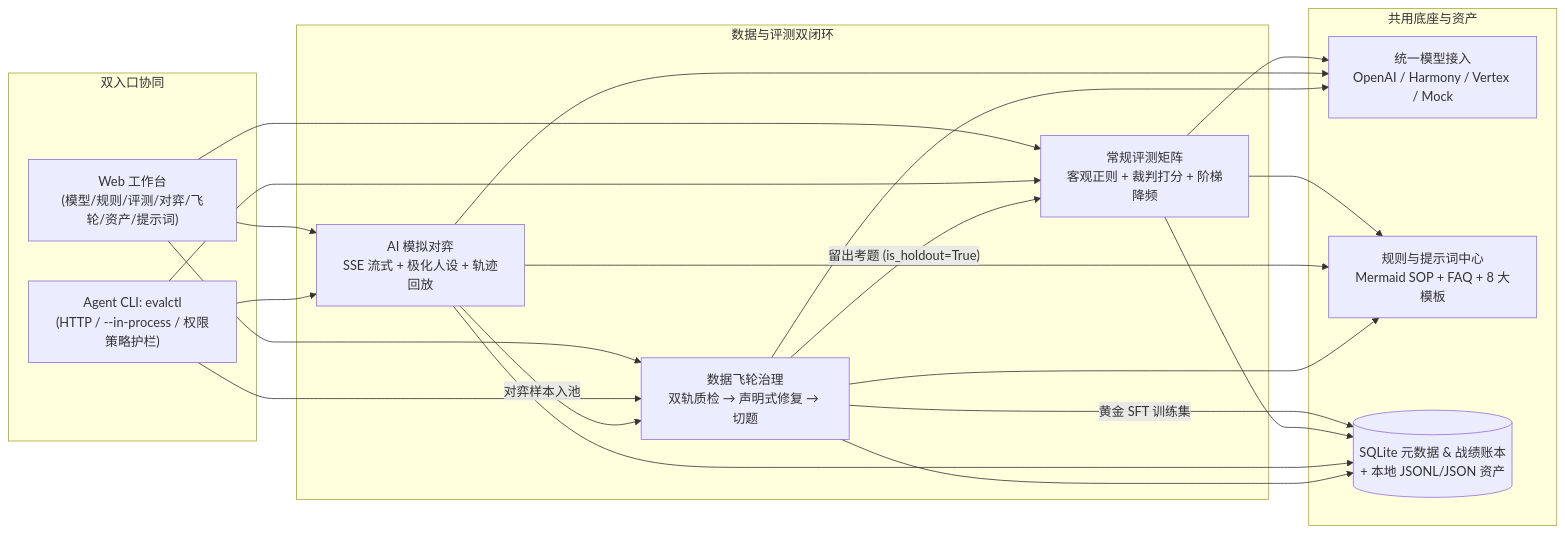
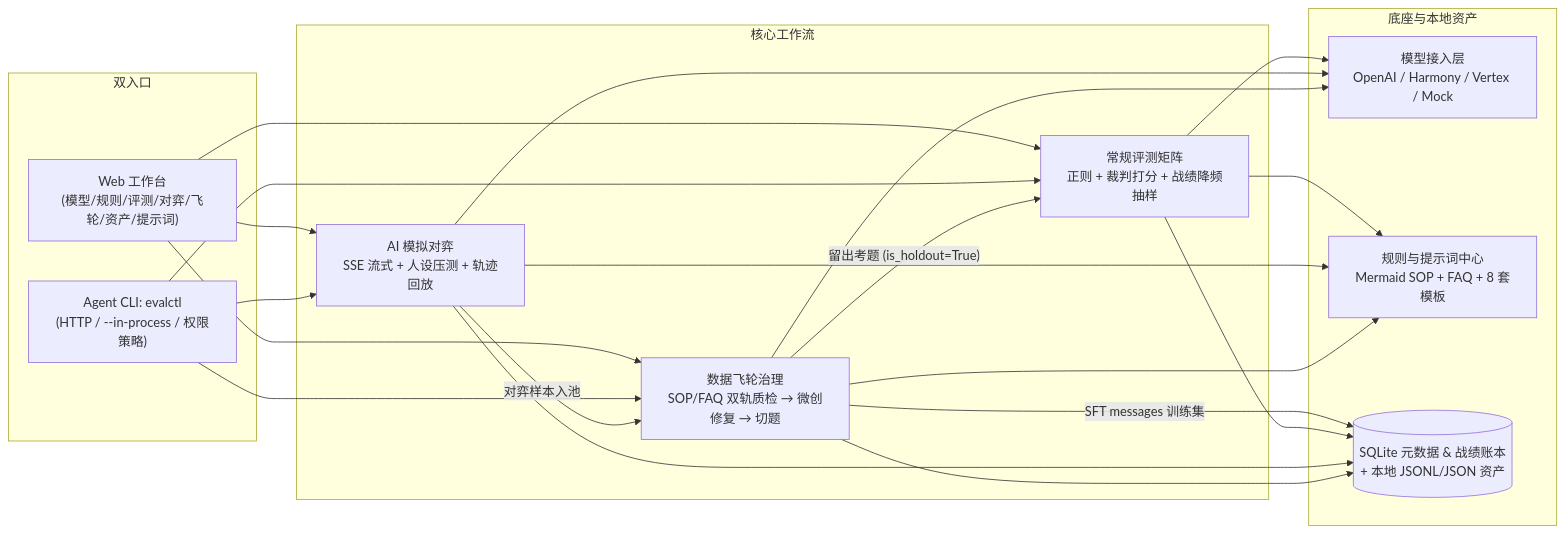
One commit to sharmt1411/eval-platform changed the diagram in README.md. Above: the diagram before and after it, drawn with Mermaid. The commit also changed other lines of this file, not shown here.

````diff
--- a/README.md
+++ b/README.md
@@ -74,25 +76,25 @@
 ```mermaid
 flowchart LR
-    subgraph Entry["双入口协同"]
+    subgraph Entry["双入口"]
         Web["Web 工作台<br/>(模型/规则/评测/对弈/飞轮/资产/提示词)"]
-        CLI["Agent CLI: evalctl<br/>(HTTP / --in-process / 权限策略护栏)"]
+        CLI["Agent CLI: evalctl<br/>(HTTP / --in-process / 权限策略)"]
     end
 
-    subgraph Loop["数据与评测双闭环"]
-        Bench["常规评测矩阵<br/>客观正则 + 裁判打分 + 阶梯降频"]
-        Sim["AI 模拟对弈<br/>SSE 流式 + 极化人设 + 轨迹回放"]
-        Fly["数据飞轮治理<br/>双轨质检 → 声明式修复 → 切题"]
+    subgraph Loop["核心工作流"]
+        Bench["常规评测矩阵<br/>正则 + 裁判打分 + 战绩降频抽样"]
+        Sim["AI 模拟对弈<br/>SSE 流式 + 人设压测 + 轨迹回放"]
+        Fly["数据飞轮治理<br/>SOP/FAQ 双轨质检 → 微创修复 → 切题"]
     end
 
-    subgraph Base["共用底座与资产"]
-        Adapters["统一模型接入<br/>OpenAI / Harmony / Vertex / Mock"]
-        RulePrompt["规则与提示词中心<br/>Mermaid SOP + FAQ + 8 大模板"]
+    subgraph Base["底座与本地资产"]
+        Adapters["模型接入层<br/>OpenAI / Harmony / Vertex / Mock"]
+        RulePrompt["规则与提示词中心<br/>Mermaid SOP + FAQ + 8 套模板"]
         Storage[("SQLite 元数据 & 战绩账本<br/>+ 本地 JSONL/JSON 资产")]
     end
 
     Web & CLI --> Bench & Sim & Fly
     Sim -->|"对弈样本入池"| Fly
     Fly -->|"留出考题 (is_holdout=True)"| Bench
-    Fly -->|"黄金 SFT 训练集"| Storage
+    Fly -->|"SFT messages 训练集"| Storage
     Bench & Sim & Fly --> Adapters & RulePrompt & Storage
 ```
````
